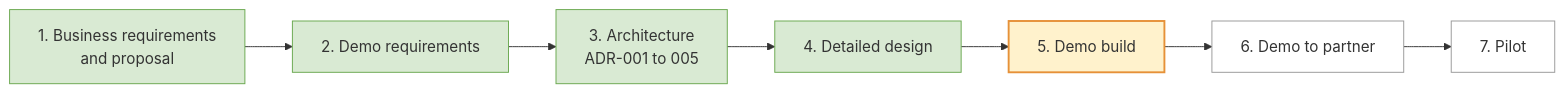
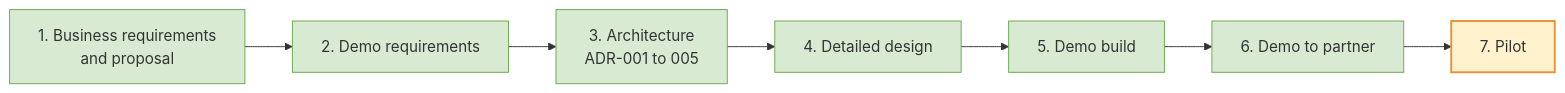
Before and after one commit to ring9834/TableReservation: the diagram in README.md, drawn with Mermaid. The commit also changed other lines of this file, not shown here.

````diff
--- a/README.md
+++ b/README.md
@@ -16,10 +17,8 @@
 ```mermaid
 flowchart LR
     p1[1. Business requirements<br/>and proposal] --> p2[2. Demo requirements] --> p3[3. Architecture<br/>ADR-001 to 005] --> p4[4. Detailed design] --> p5[5. Demo build] --> p6[6. Demo to partner] --> p7[7. Pilot]
     classDef done fill:#d9ead3,stroke:#6aa84f
     classDef now fill:#fff2cc,stroke:#e69138,stroke-width:2px
-    classDef next fill:#ffffff,stroke:#999999
-    class p1,p2,p3,p4 done
-    class p5 now
-    class p6,p7 next
+    class p1,p2,p3,p4,p5,p6 done
+    class p7 now
 ```
````
